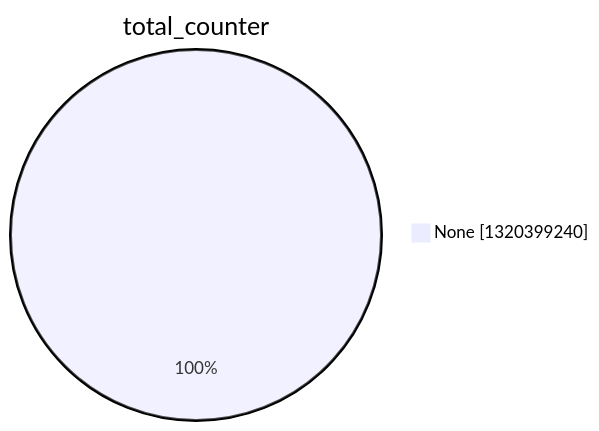
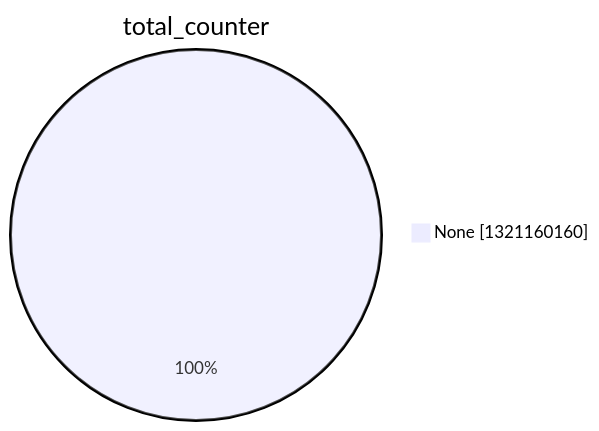
The second of 15 diagrams in argon2022/README.md (christiankrug/ctmonitor_visualization), drawn with Mermaid before and after one commit. The commit also changed other lines of this file, not shown here.

````diff
--- a/argon2022/README.md
+++ b/argon2022/README.md
@@ -9,5 +9,5 @@
 ```mermaid
 pie showData
 title total_counter
-"None" :1320399240
+"None" :1321160160
 ```
````
